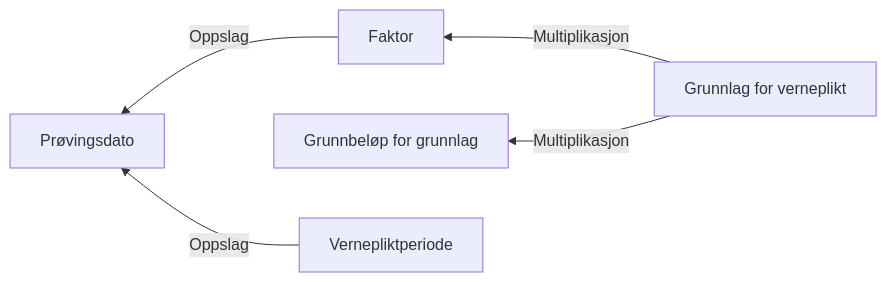
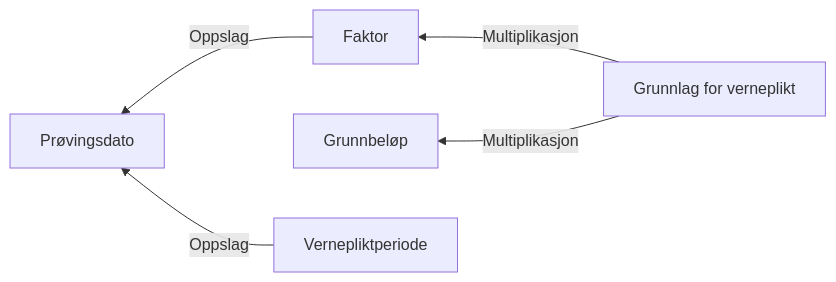
The diagram in docs/regler/§ 4-19 Verneplikt (fastsetting).approved.md (navikt/dp-vedtak), drawn with Mermaid before and after one commit. The commit also changed 12 other files, not shown here.

````diff
--- a/docs/regler/§ 4-19 Verneplikt (fastsetting).approved.md
+++ b/docs/regler/§ 4-19 Verneplikt (fastsetting).approved.md
@@ -5,7 +5,7 @@
 ```mermaid
 graph RL
   A["Faktor"] -->|"Oppslag"| B["Prøvingsdato"]
-  C["Grunnlag for verneplikt"] -->|"Multiplikasjon"| D["Grunnbeløp for grunnlag"]
+  C["Grunnlag for verneplikt"] -->|"Multiplikasjon"| D["Grunnbeløp"]
   C["Grunnlag for verneplikt"] -->|"Multiplikasjon"| A["Faktor"]
   E["Vernepliktperiode"] -->|"Oppslag"| B["Prøvingsdato"]
 ```
````
